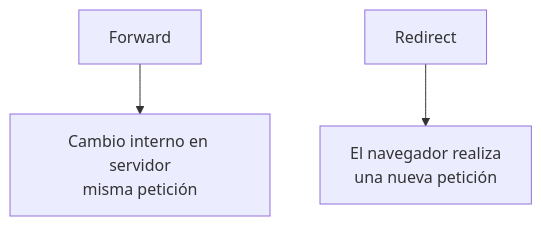
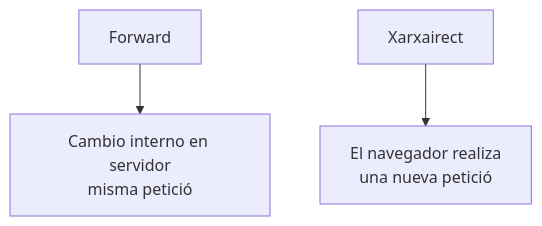
Before and after one commit to jordicido/jordicina: the eighth of 8 diagrams in docs/daw-daw/up3/05-componentes-web.md, drawn with Mermaid. The commit also changed other lines of this file and 10 other files, not shown here.

````diff
--- a/docs/daw-daw/up3/05-componentes-web.md
+++ b/docs/daw-daw/up3/05-componentes-web.md
@@ -454,5 +454,5 @@
 ```mermaid
 flowchart TD
-    F["Forward"] --> FI["Cambio interno en servidor<br/>misma petición"]
-    R["Redirect"] --> RN["El navegador realiza<br/>una nueva petición"]
+    F["Forward"] --> FI["Cambio interno en servidor<br/>misma petició"]
+    R["Xarxairect"] --> RN["El navegador realiza<br/>una nueva petició"]
 ```
````
